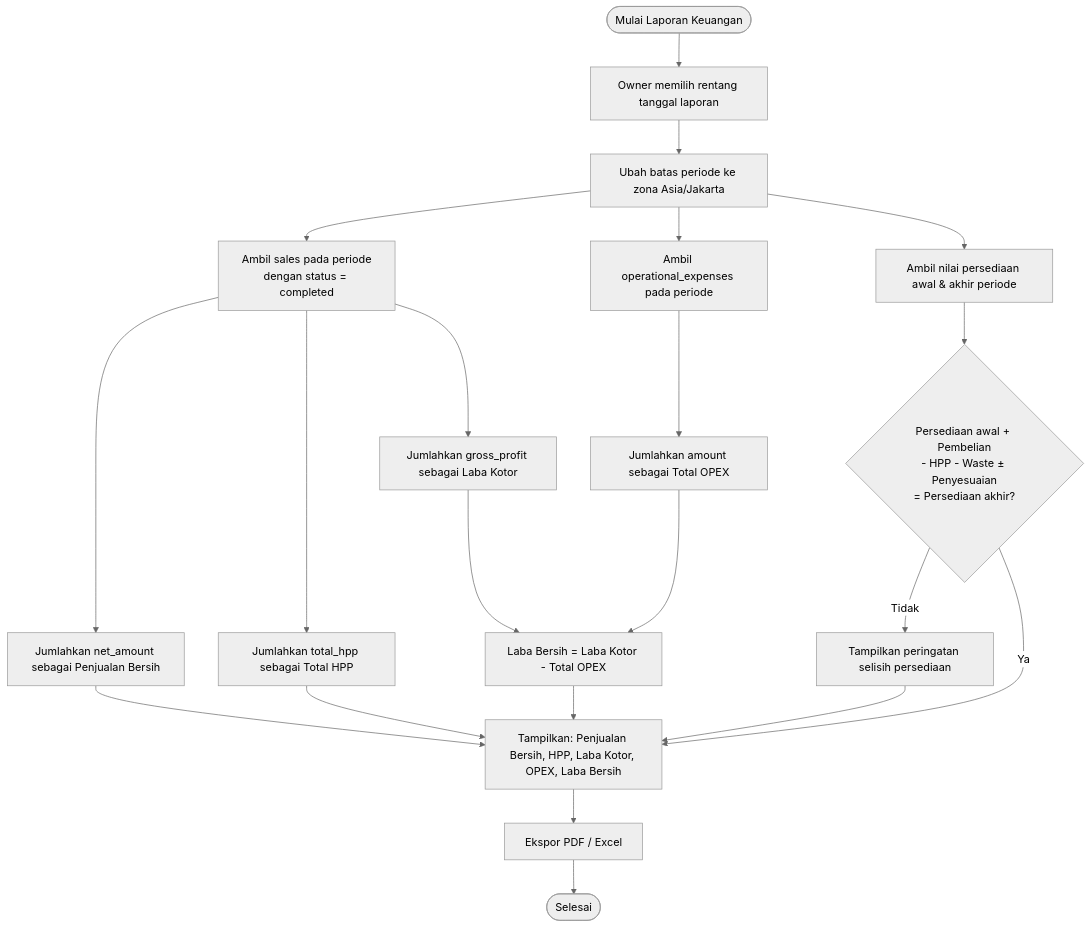
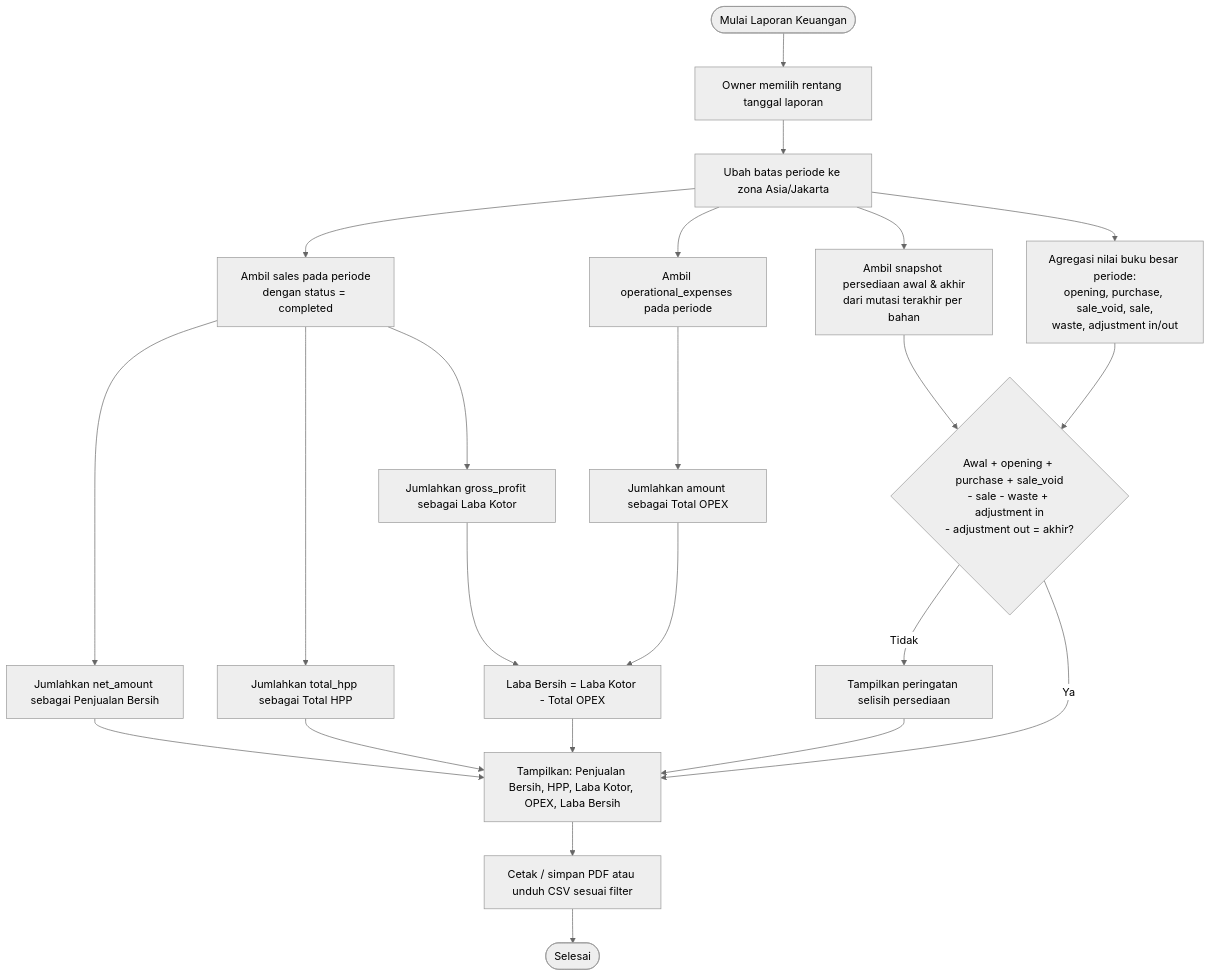
One commit to fahmibastari/pos-merbaoe changed the fifth of 6 diagrams in README.md. Above: the diagram before and after it, drawn with Mermaid (neutral theme). The commit also changed other lines of this file and 62 other files, not shown here.

````diff
--- a/README.md
+++ b/README.md
@@ -1383,28 +1470,30 @@
 ```mermaid
 flowchart TD
     Start([Mulai Laporan Keuangan]) --> SelectPeriod[Owner memilih rentang tanggal laporan]
     SelectPeriod --> Normalize[Ubah batas periode ke zona Asia/Jakarta]
 
     Normalize --> FetchSales["Ambil sales pada periode<br/>dengan status = completed"]
     FetchSales --> SumRevenue[Jumlahkan net_amount sebagai Penjualan Bersih]
     FetchSales --> SumHpp[Jumlahkan total_hpp sebagai Total HPP]
     FetchSales --> SumGross[Jumlahkan gross_profit sebagai Laba Kotor]
 
     Normalize --> FetchExpenses[Ambil operational_expenses pada periode]
     FetchExpenses --> SumExpenses[Jumlahkan amount sebagai Total OPEX]
 
     SumGross --> CalcNet["Laba Bersih = Laba Kotor - Total OPEX"]
     SumExpenses --> CalcNet
 
-    Normalize --> FetchInv[Ambil nilai persediaan awal & akhir periode]
-    FetchInv --> Reconcile{"Persediaan awal + Pembelian<br/>- HPP - Waste ± Penyesuaian<br/>= Persediaan akhir?"}
+    Normalize --> FetchInv["Ambil snapshot persediaan awal & akhir<br/>dari mutasi terakhir per bahan"]
+    Normalize --> FetchMoves["Agregasi nilai buku besar periode:<br/>opening, purchase, sale_void, sale,<br/>waste, adjustment in/out"]
+    FetchInv --> Reconcile{"Awal + opening + purchase + sale_void<br/>- sale - waste + adjustment in<br/>- adjustment out = akhir?"}
+    FetchMoves --> Reconcile
     Reconcile -- Tidak --> Warn[Tampilkan peringatan selisih persediaan]
     Reconcile -- Ya --> Show
     Warn --> Show
 
     CalcNet --> Show[Tampilkan: Penjualan Bersih, HPP, Laba Kotor, OPEX, Laba Bersih]
     SumRevenue --> Show
     SumHpp --> Show
-    Show --> Export[Ekspor PDF / Excel]
+    Show --> Export[Cetak / simpan PDF atau unduh CSV sesuai filter]
     Export --> End([Selesai])
 ```
````
